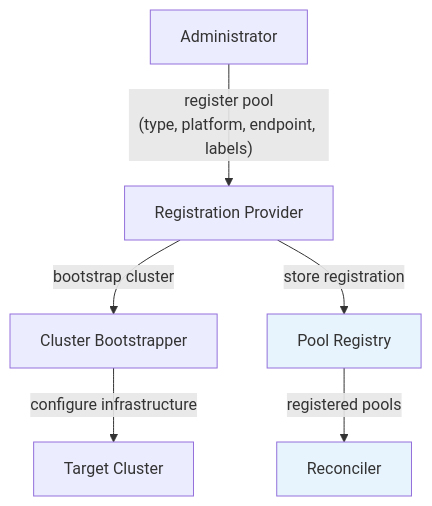
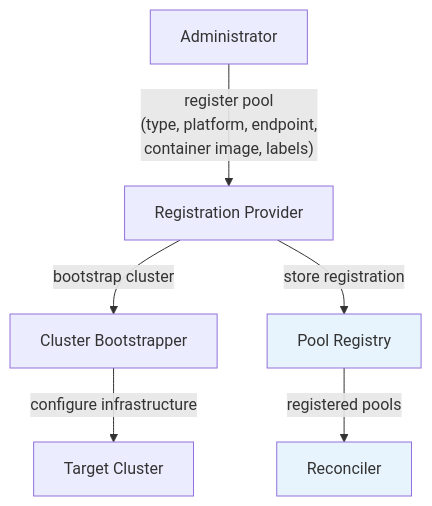
The fourth of 15 diagrams in backend/docs/execution-plane.md (manstis/syntara), drawn with Mermaid before and after one commit. The commit also changed other lines of this file, not shown here.

Commit message:
chore: Clarify use of Container Image at Pool registration time.

````diff
--- a/backend/docs/execution-plane.md
+++ b/backend/docs/execution-plane.md
@@ -240,17 +240,17 @@
 ```mermaid
 graph TB
     Admin["Administrator"]
     RP["Registration Provider"]
     CB["Cluster Bootstrapper"]
     PR["Pool Registry"]
     R["Reconciler"]
 
-    Admin -->|"register pool<br/>(type, platform, endpoint, labels)"| RP
+    Admin -->|"register pool<br/>(type, platform, endpoint,<br/>container image, labels)"| RP
     RP -->|"bootstrap cluster"| CB
     CB -->|"configure infrastructure"| Cluster["Target Cluster"]
     RP -->|"store registration"| PR
     PR -->|"registered pools"| R
 
     style PR fill:#e8f4fd
     style R fill:#e8f4fd
 ```
````
